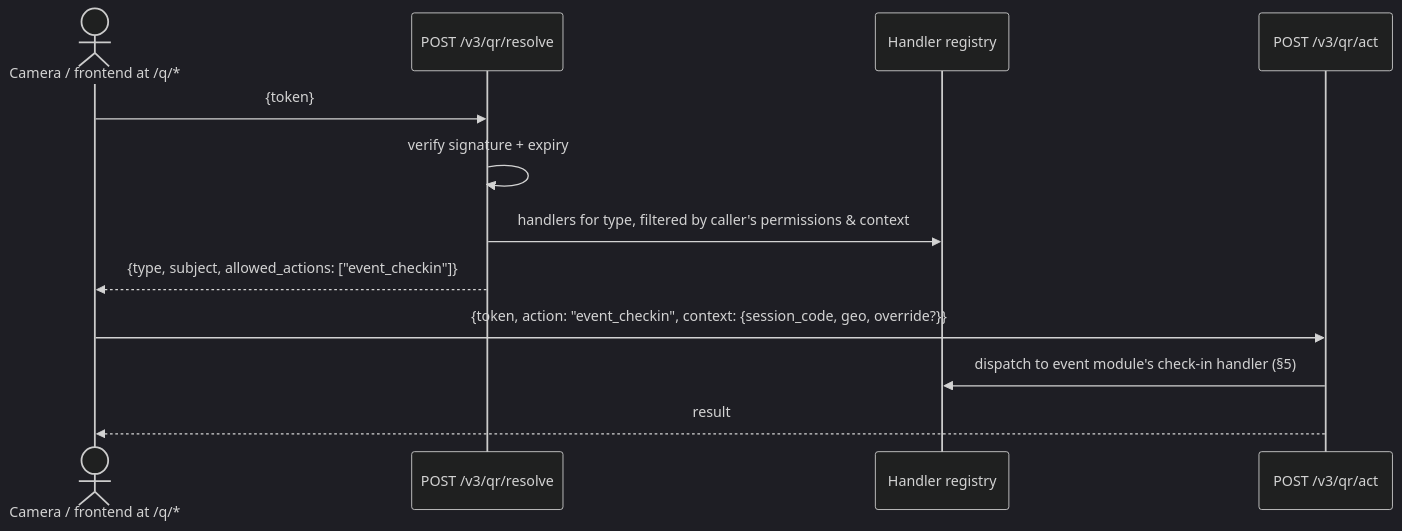
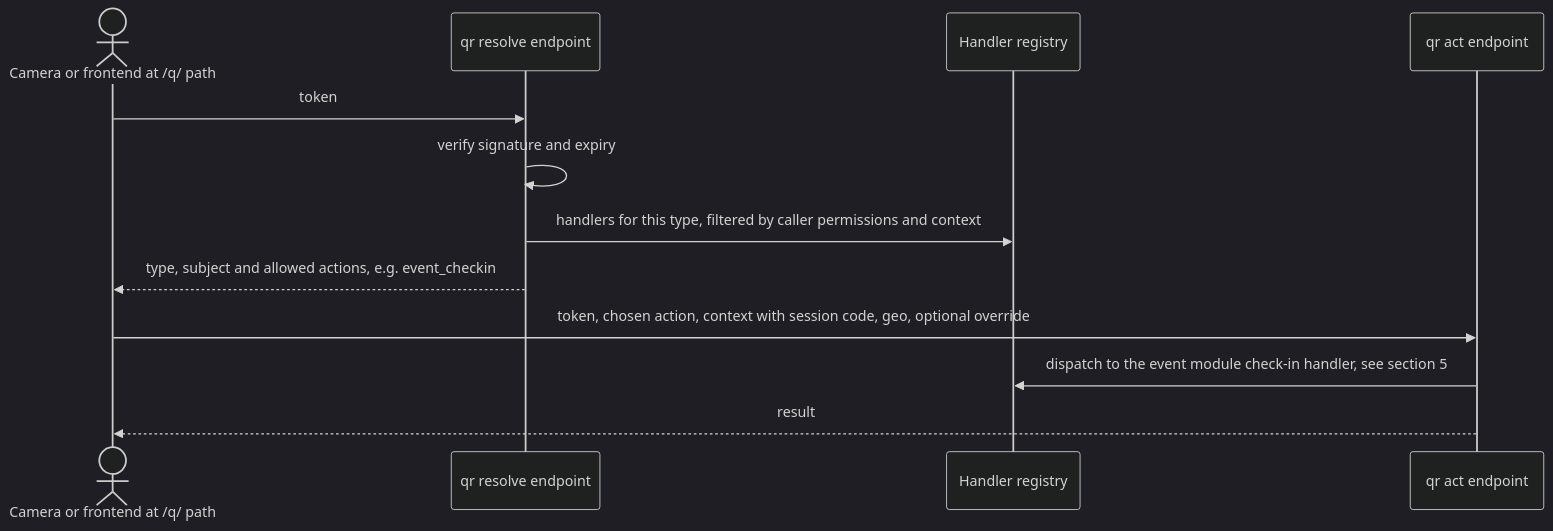
The fifth of 6 diagrams in docs/plans/2026-07-07-event-management-v3-design.md (growcenter/go-community), drawn with Mermaid (dark theme) before and after one commit. The commit also changed other lines of this file, not shown here.

Commit message:
docs: fix mermaid syntax in registration and qr resolve/act sequence diagrams

````diff
--- a/docs/plans/2026-07-07-event-management-v3-design.md
+++ b/docs/plans/2026-07-07-event-management-v3-design.md
@@ -536,15 +536,15 @@
 ```mermaid
 sequenceDiagram
-    actor C as Camera / frontend at /q/*
-    participant Q as POST /v3/qr/resolve
+    actor C as Camera or frontend at /q/ path
+    participant Q as qr resolve endpoint
     participant REG as Handler registry
-    participant A as POST /v3/qr/act
+    participant A as qr act endpoint
 
-    C->>Q: {token}
-    Q->>Q: verify signature + expiry
-    Q->>REG: handlers for type, filtered by caller's permissions & context
-    Q-->>C: {type, subject, allowed_actions: ["event_checkin"]}
-    C->>A: {token, action: "event_checkin", context: {session_code, geo, override?}}
-    A->>REG: dispatch to event module's check-in handler (§5)
+    C->>Q: token
+    Q->>Q: verify signature and expiry
+    Q->>REG: handlers for this type, filtered by caller permissions and context
+    Q-->>C: type, subject and allowed actions, e.g. event_checkin
+    C->>A: token, chosen action, context with session code, geo, optional override
+    A->>REG: dispatch to the event module check-in handler, see section 5
     A-->>C: result
 ```
````
